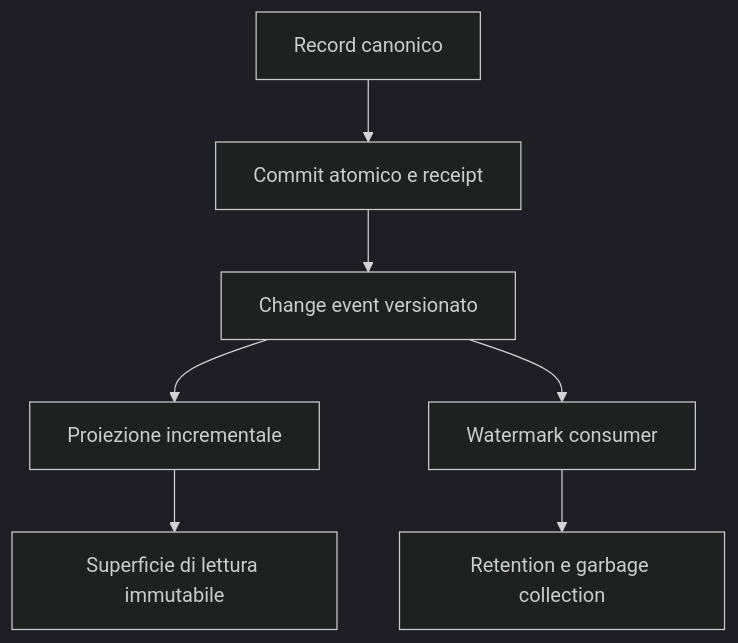
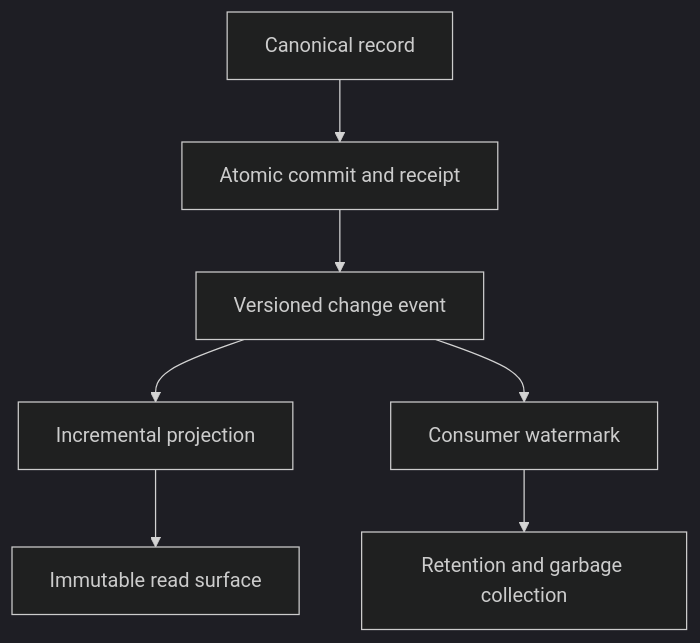
One commit to provenzali/aprodb changed the second of 2 diagrams in README.md. Above: the diagram before and after it, drawn with Mermaid (dark theme). The commit also changed other lines of this file and 83 other files, not shown here.

````diff
--- a/README.md
+++ b/README.md
@@ -35,9 +35,9 @@
 ```mermaid
 flowchart TB
-    Record[Record canonico] --> Durable[Commit atomico e receipt]
-    Durable --> Event[Change event versionato]
-    Event --> Projection[Proiezione incrementale]
-    Projection --> Surface[Superficie di lettura immutabile]
-    Event --> Watermark[Watermark consumer]
-    Watermark --> Retention[Retention e garbage collection]
+    Record[Canonical record] --> Durable[Atomic commit and receipt]
+    Durable --> Event[Versioned change event]
+    Event --> Projection[Incremental projection]
+    Projection --> Surface[Immutable read surface]
+    Event --> Watermark[Consumer watermark]
+    Watermark --> Retention[Retention and garbage collection]
 ```
````
